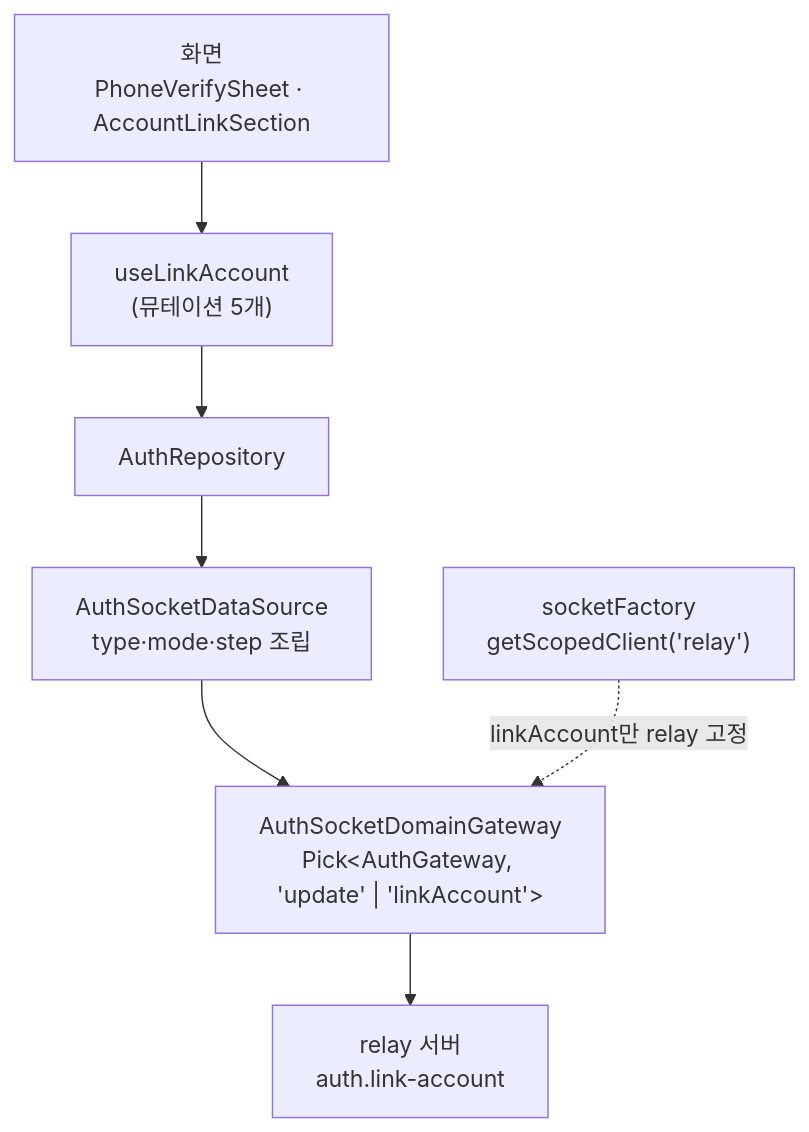
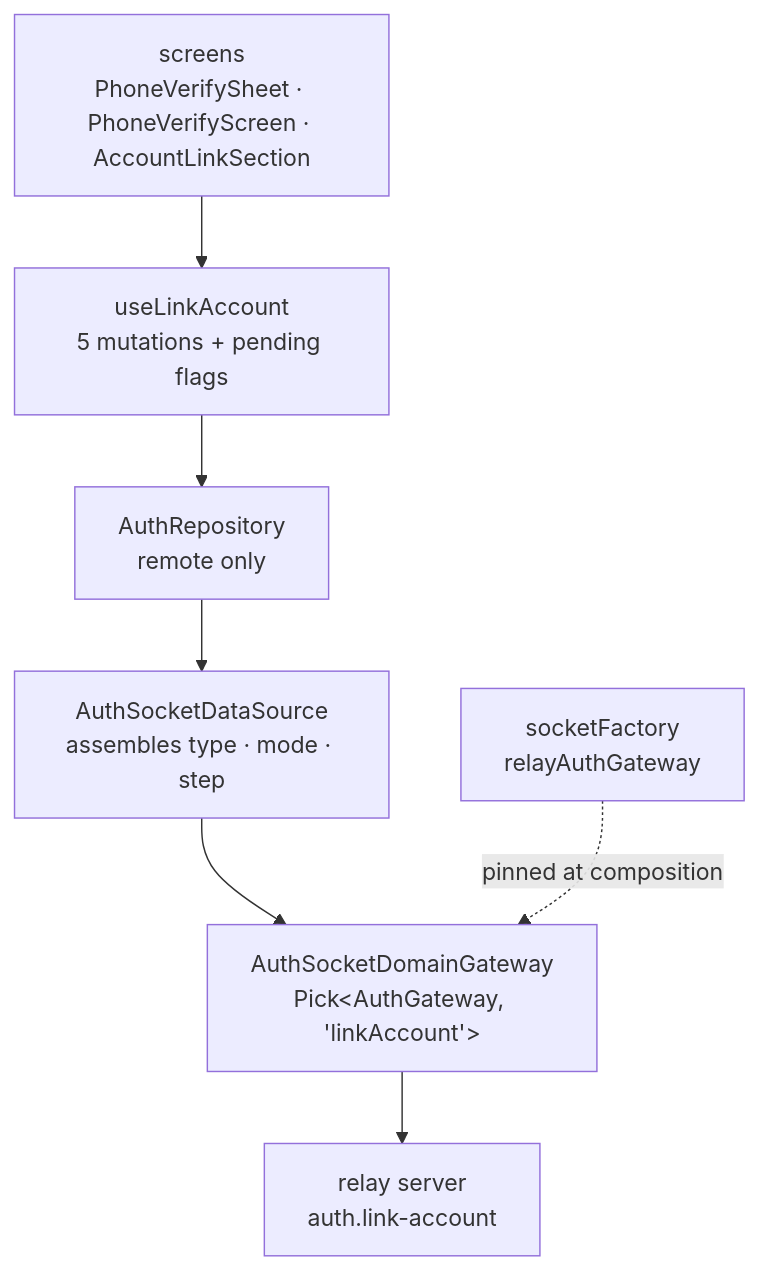
Before and after one commit to lemoncloud-io/dou-app: the first of 2 diagrams in apps/web/docs/feature/auth/account-linking.md, drawn with Mermaid. The commit also changed other lines of this file, not shown here.

First line of the commit message:
docs(web): rewrite the account-linking contract in english

````diff
--- a/apps/web/docs/feature/auth/account-linking.md
+++ b/apps/web/docs/feature/auth/account-linking.md
@@ -123,14 +16,13 @@
 ```mermaid
 graph TD
-    UI["화면<br/>PhoneVerifySheet · AccountLinkSection"]
-    HK["useLinkAccount<br/>(뮤테이션 5개)"]
-    RP["AuthRepository"]
-    DS["AuthSocketDataSource<br/>type·mode·step 조립"]
-    GW["AuthSocketDomainGateway<br/>Pick&lt;AuthGateway, 'update' | 'linkAccount'&gt;"]
-    RF["socketFactory<br/>getScopedClient('relay')"]
-    SRV["relay 서버<br/>auth.link-account"]
+    UI["screens<br/>PhoneVerifySheet · PhoneVerifyScreen · AccountLinkSection"]
+    HK["useLinkAccount<br/>5 mutations + pending flags"]
+    RP["AuthRepository<br/>remote only"]
+    DS["AuthSocketDataSource<br/>assembles type · mode · step"]
+    GW["AuthSocketDomainGateway<br/>Pick&lt;AuthGateway, 'linkAccount'&gt;"]
+    RF["socketFactory<br/>relayAuthGateway"]
+    SRV["relay server<br/>auth.link-account"]
 
-    UI --> HK --> RP --> DS --> GW
-    RF -.->|linkAccount만 relay 고정| GW
-    GW --> SRV
+    UI --> HK --> RP --> DS --> GW --> SRV
+    RF -.->|pinned at composition| GW
 ```
````
